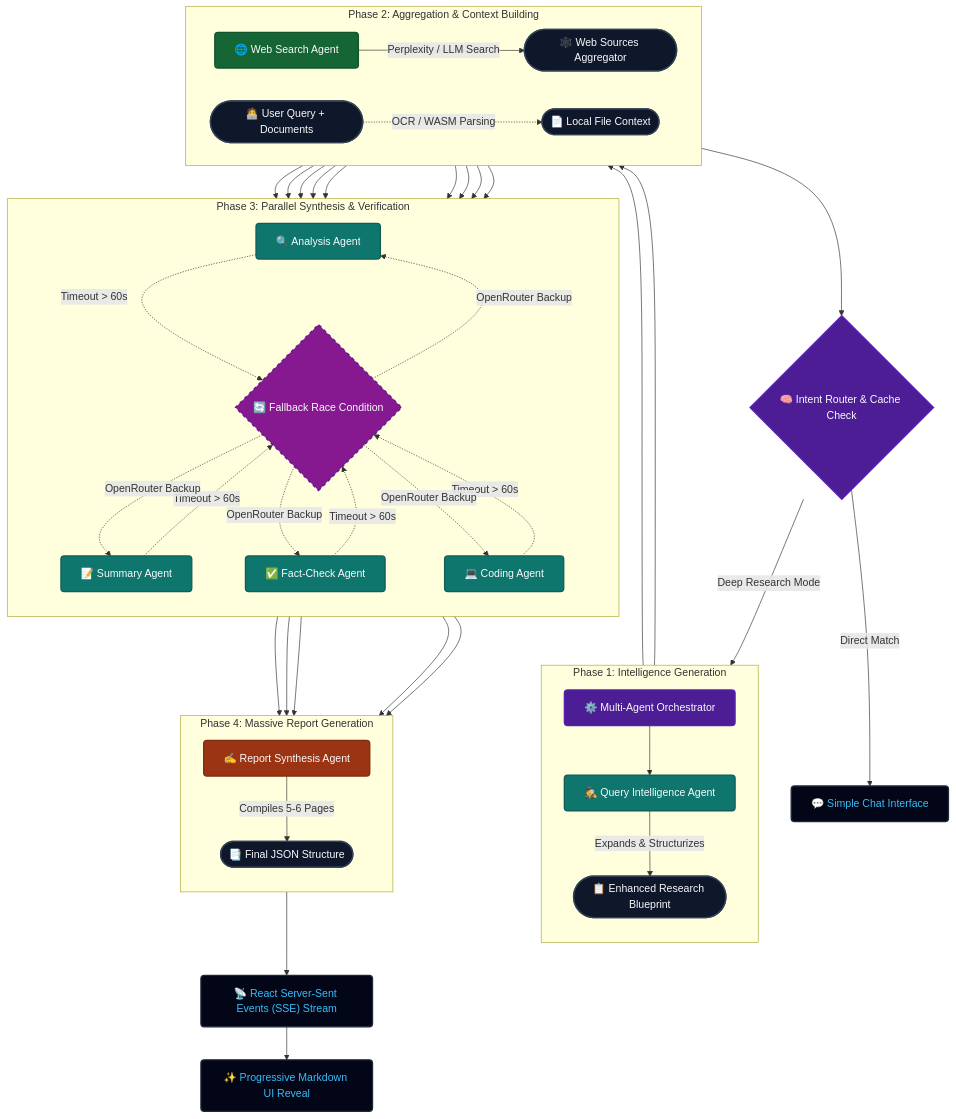
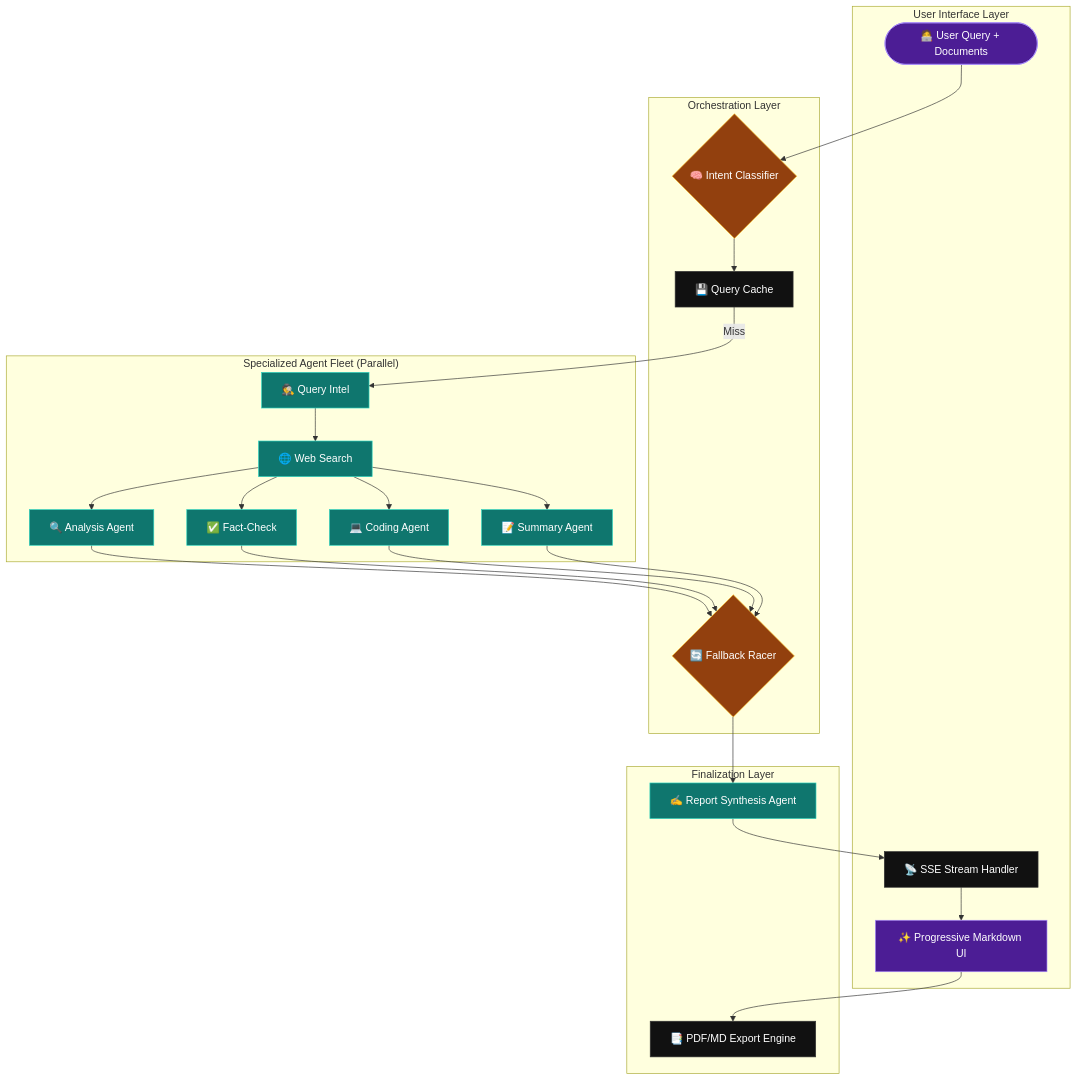
One commit to girishlade111/research-assistant changed the diagram in README.md. Above: the diagram before and after it, drawn with Mermaid. The commit also changed other lines of this file, not shown here.

Commit message:
docs: update README with detailed system architecture, agent fleet documentation, and mermaid diagrams

````diff
--- a/README.md
+++ b/README.md
@@ -317,54 +70,48 @@
 ```mermaid
-flowchart TB
-    classDef user fill:#0f172a,stroke:#334155,stroke-width:2px,color:#f8fafc,rx:5,ry:5;
-    classDef router fill:#4c1d95,stroke:#5b21b6,stroke-width:2px,color:#f8fafc,rx:5,ry:5;
-    classDef agent fill:#0f766e,stroke:#115e59,stroke-width:2px,color:#f8fafc,rx:5,ry:5;
-    classDef search fill:#166534,stroke:#14532d,stroke-width:2px,color:#f8fafc,rx:5,ry:5;
-    classDef report fill:#9a3412,stroke:#7c2d12,stroke-width:2px,color:#f8fafc,rx:5,ry:5;
-    classDef ui fill:#020617,stroke:#1e293b,stroke-width:2px,color:#38bdf8,rx:5,ry:5;
-    classDef fallback fill:#86198f,stroke:#581c87,stroke-width:2px,color:#f8fafc,stroke-dasharray: 5 5;
-
-    A(["🧑‍💻 User Query + Documents"]):::user --> B{"🧠 Intent Router & Cache Check"}:::router
-
-    B -->|"Direct Match"| C["💬 Simple Chat Interface"]:::ui
-    B -->|"Deep Research Mode"| D["⚙️ Multi-Agent Orchestrator"]:::router
-
-    subgraph Phase1 ["Phase 1: Intelligence Generation"]
-        direction TB
-        D --> E["🕵️ Query Intelligence Agent"]:::agent
-        E -->|"Expands & Structurizes"| F(["📋 Enhanced Research Blueprint"]):::user
+graph TD
+    subgraph UI ["User Interface Layer"]
+        User(["🧑‍💻 User Query + Documents"])
+        SSE["📡 SSE Stream Handler"]
+        MD["✨ Progressive Markdown UI"]
     end
 
-    subgraph Phase2 ["Phase 2: Aggregation & Context Building"]
-        direction LR
-        F --> G["🌐 Web Search Agent"]:::search
-        G -->|"Perplexity / LLM Search"| H(["🕸️ Web Sources Aggregator"]):::user
-        A -.->|"OCR / WASM Parsing"| I(["📄 Local File Context"]):::user
+    subgraph Router ["Orchestration Layer"]
+        Intent{"🧠 Intent Classifier"}
+        Cache["💾 Query Cache"]
+        Fallbacks{"🔄 Fallback Racer"}
     end
 
-    Phase1 --> Phase2
-
-    subgraph Phase3 ["Phase 3: Parallel Synthesis & Verification"]
-        direction TB
-        H & I --> J["🔍 Analysis Agent"]:::agent
-        H & I --> K["📝 Summary Agent"]:::agent
-        H & I --> L["✅ Fact-Check Agent"]:::agent
-        H & I --> M["💻 Coding Agent"]:::agent
-
-        J & K & L & M -.->|"Timeout > 60s"| Z{"🔄 Fallback Race Condition"}:::fallback
-        Z -.->|"OpenRouter Backup"| J & K & L & M
+    subgraph Agents ["Specialized Agent Fleet (Parallel)"]
+        QI["🕵️ Query Intel"]
+        WS["🌐 Web Search"]
+        AA["🔍 Analysis Agent"]
+        FC["✅ Fact-Check"]
+        CA["💻 Coding Agent"]
+        SA["📝 Summary Agent"]
     end
 
-    Phase2 --> Phase3
-
-    subgraph Phase4 ["Phase 4: Massive Report Generation"]
-        direction TB
-        J & K & L & M --> N["✍️ Report Synthesis Agent"]:::report
-        N -->|"Compiles 5-6 Pages"| O(["📑 Final JSON Structure"]):::user
+    subgraph Assembly ["Finalization Layer"]
+        RA["✍️ Report Synthesis Agent"]
+        PDF["📑 PDF/MD Export Engine"]
     end
 
-    Phase3 --> Phase4
+    User --> Intent
+    Intent --> Cache
+    Cache -->|Miss| QI
+    QI --> WS
+    WS --> AA & FC & CA & SA
+    AA & FC & CA & SA --> Fallbacks
+    Fallbacks --> RA
+    RA --> SSE
+    SSE --> MD
+    MD --> PDF
 
-    O --> P["📡 React Server-Sent Events (SSE) Stream"]:::ui
-    P --> Q["✨ Progressive Markdown UI Reveal"]:::ui
+    classDef default fill:#111,stroke:#333,color:#fff
+    classDef highlight fill:#4c1d95,stroke:#a78bfa,color:#fff
+    classDef agent fill:#0f766e,stroke:#2dd4bf,color:#fff
+    classDef logic fill:#92400e,stroke:#fbbf24,color:#fff
+    
+    class User,MD highlight
+    class QI,WS,AA,FC,CA,SA,RA agent
+    class Intent,Fallbacks logic
 ```
````
